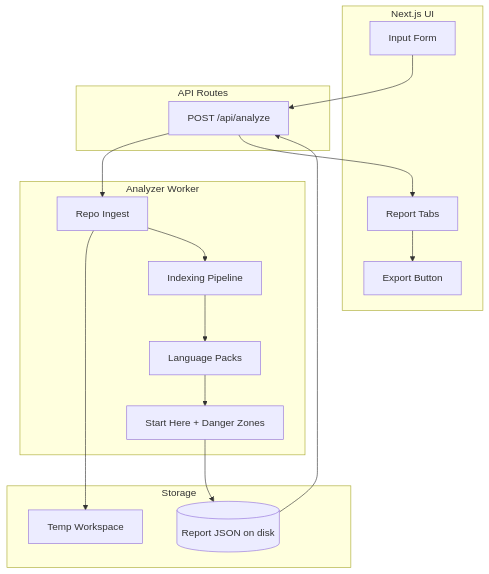
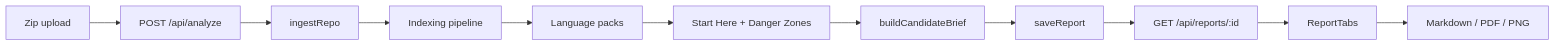
One commit to ChimdumebiNebolisa/RepoAtlas changed the diagram in docs/spec.md. Above: the diagram before and after it, drawn with Mermaid. The commit also changed other lines of this file and 4 other files, not shown here.

Commit message:
docs: polish repoatlas candidate brief positioning

````diff
--- a/docs/spec.md
+++ b/docs/spec.md
@@ -103,35 +94,13 @@
 ```mermaid
-flowchart TB
-    subgraph UI [Next.js UI]
-        Input[Input Form]
-        Tabs[Report Tabs]
-        Export[Export Button]
-    end
-
-    subgraph API [API Routes]
-        Analyze[POST /api/analyze]
-    end
-
-    subgraph Worker [Analyzer Worker]
-        Ingest[Repo Ingest]
-        Index[Indexing Pipeline]
-        Packs[Language Packs]
-        Scoring[Start Here + Danger Zones]
-    end
-
-    subgraph Storage [Storage]
-        TempWorkspace[Temp Workspace]
-        ReportJSON[(Report JSON on disk)]
-    end
-
-    Input --> Analyze
-    Analyze --> Ingest
-    Ingest --> TempWorkspace
-    Ingest --> Index
-    Index --> Packs
-    Packs --> Scoring
-    Scoring --> ReportJSON
-    ReportJSON --> Analyze
-    Analyze --> Tabs
-    Tabs --> Export
+flowchart LR
+    Input["Zip upload"] --> Analyze["POST /api/analyze"]
+    Analyze --> Ingest["ingestRepo"]
+    Ingest --> Pipeline["Indexing pipeline"]
+    Pipeline --> Packs["Language packs"]
+    Packs --> Scores["Start Here + Danger Zones"]
+    Scores --> Brief["buildCandidateBrief"]
+    Brief --> Save["saveReport"]
+    Save --> ReportAPI["GET /api/reports/:id"]
+    ReportAPI --> Tabs["ReportTabs"]
+    Tabs --> Exports["Markdown / PDF / PNG"]
 ```
````
